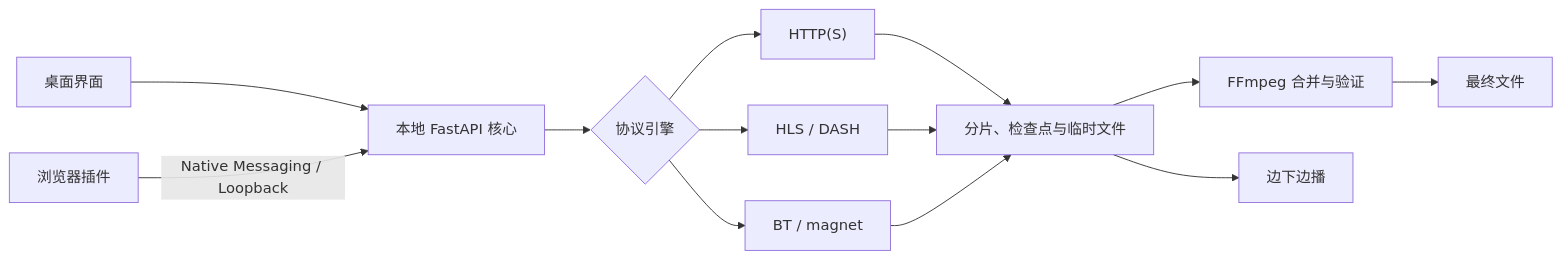
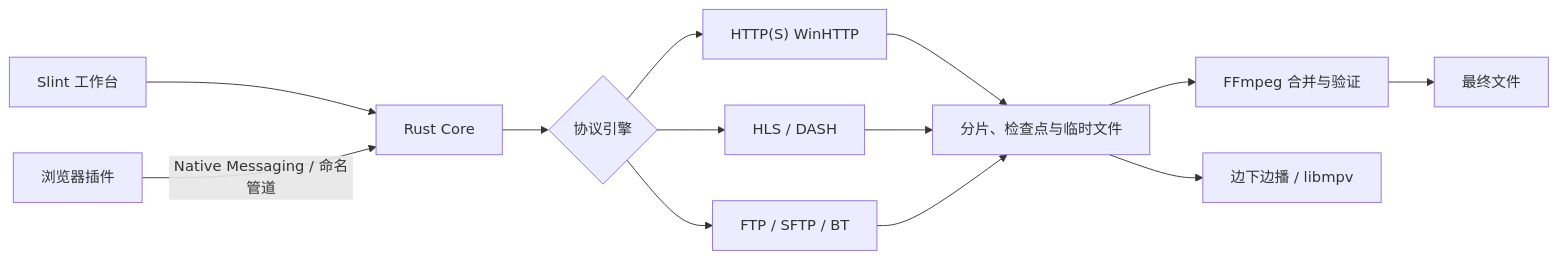
Before and after one commit to ciaooo55/hls-downloader: the diagram in README.md, drawn with Mermaid. The commit also changed other lines of this file and 12 other files, not shown here.

````diff
--- a/README.md
+++ b/README.md
@@ -137,15 +138,15 @@
 ```mermaid
 flowchart LR
-    A["桌面界面"] --> C["本地 FastAPI 核心"]
-    B["浏览器插件"] -->|"Native Messaging / Loopback"| C
+    A["Slint 工作台"] --> C["Rust Core"]
+    B["浏览器插件"] -->|"Native Messaging / 命名管道"| C
     C --> D{"协议引擎"}
-    D --> E["HTTP(S)"]
+    D --> E["HTTP(S) WinHTTP"]
     D --> F["HLS / DASH"]
-    D --> G["BT / magnet"]
+    D --> G["FTP / SFTP / BT"]
     E --> H["分片、检查点与临时文件"]
     F --> H
     G --> H
     H --> I["FFmpeg 合并与验证"]
-    H --> J["边下边播"]
+    H --> J["边下边播 / libmpv"]
     I --> K["最终文件"]
 ```
````
